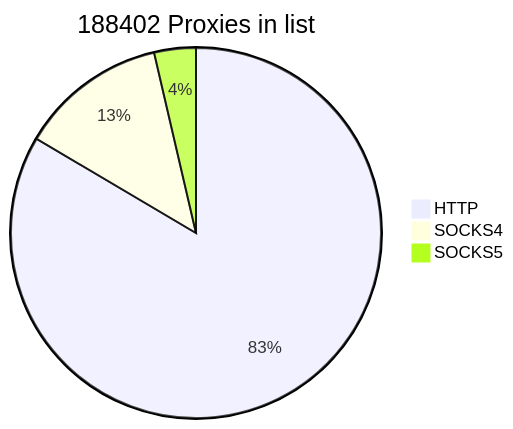
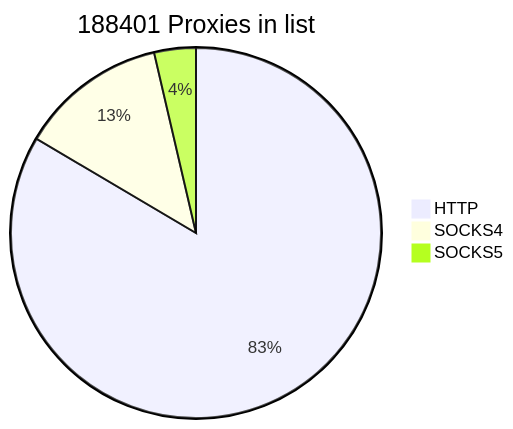
One commit to cutipu/proxylist changed the first of 2 diagrams in README.md. Above: the diagram before and after it, drawn with Mermaid. The commit also changed other lines of this file, not shown here.

````diff
--- a/README.md
+++ b/README.md
@@ -2,7 +2,7 @@
 ```mermaid
-pie title 188402 Proxies in list
+pie title 188401 Proxies in list
     "HTTP" : 157287
-    "SOCKS4" : 24265
+    "SOCKS4" : 24264
     "SOCKS5" : 6850
             
 ```
````
